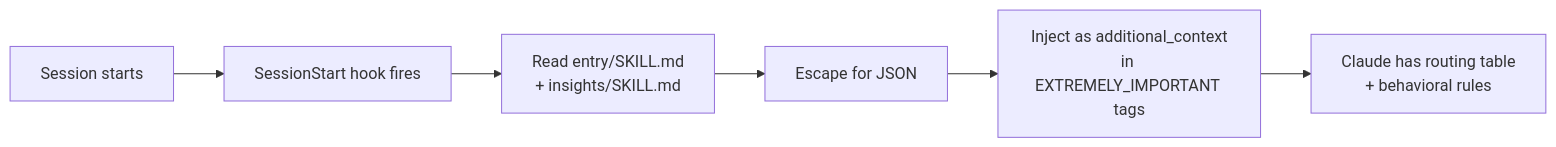
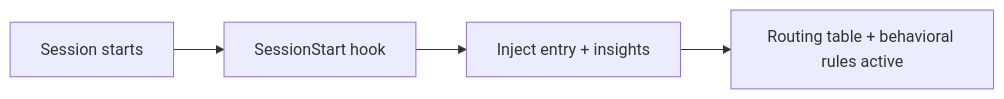
One commit to SenouLynn/snoodles changed the third of 4 diagrams in docs/flows.md. Above: the diagram before and after it, drawn with Mermaid. The commit also changed other lines of this file, not shown here.

Commit message:
refine flows doc

````diff
--- a/docs/flows.md
+++ b/docs/flows.md
@@ -105,8 +41,6 @@
 ```mermaid
 flowchart LR
-    start[Session starts] --> hook[SessionStart hook fires]
-    hook --> read[Read entry/SKILL.md\n+ insights/SKILL.md]
-    read --> escape[Escape for JSON]
-    escape --> inject[Inject as additional_context\nin EXTREMELY_IMPORTANT tags]
-    inject --> session[Claude has routing table\n+ behavioral rules]
+    start[Session starts] --> hook[SessionStart hook]
+    hook --> inject[Inject entry + insights]
+    inject --> ready[Routing table + behavioral rules active]
 ```
````
